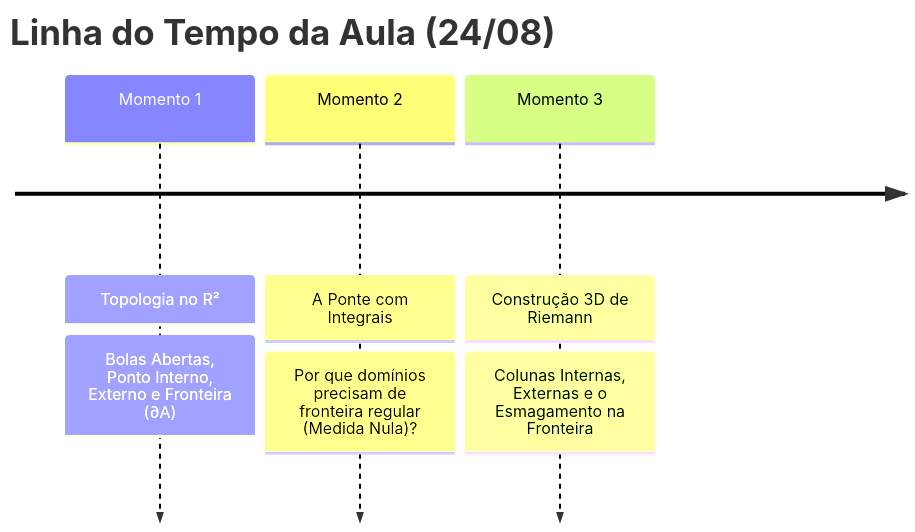
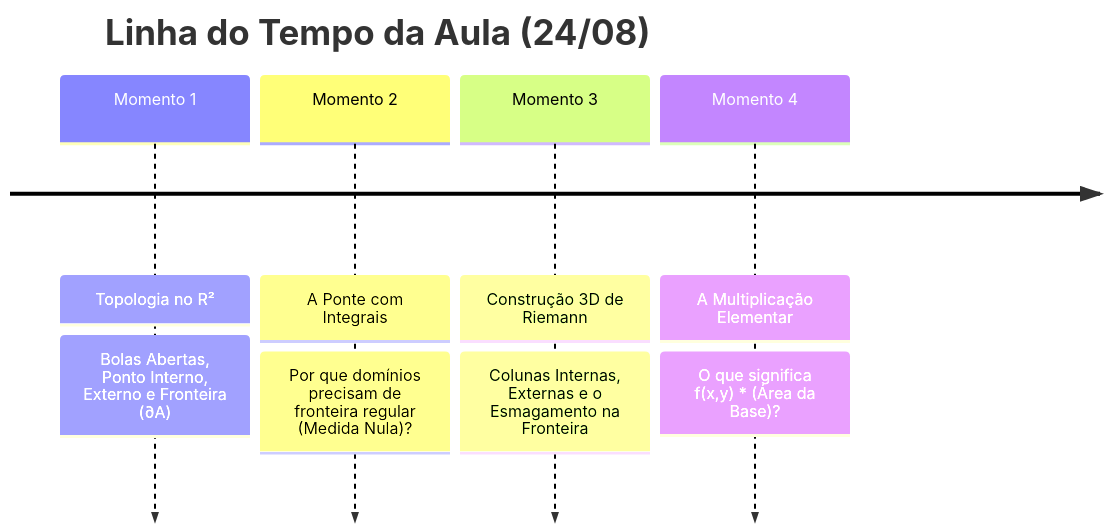
One commit to londresarthur/londresarthur.github.io changed the diagram in academico/calculo/2408/live_aula.md. Above: the diagram before and after it, drawn with Mermaid. The commit also changed other lines of this file, not shown here.

Commit message:
docs(calculo): sync Momento 4 live notes

````diff
--- a/academico/calculo/2408/live_aula.md
+++ b/academico/calculo/2408/live_aula.md
@@ -10,7 +10,8 @@
 ```mermaid
 timeline
     title Linha do Tempo da Aula (24/08)
     Momento 1 : Topologia no R² : Bolas Abertas, Ponto Interno, Externo e Fronteira (∂A)
     Momento 2 : A Ponte com Integrais : Por que domínios precisam de fronteira regular (Medida Nula)?
     Momento 3 : Construção 3D de Riemann : Colunas Internas, Externas e o Esmagamento na Fronteira
+    Momento 4 : A Multiplicação Elementar : O que significa f(x,y) * (Área da Base)?
 ```
````
